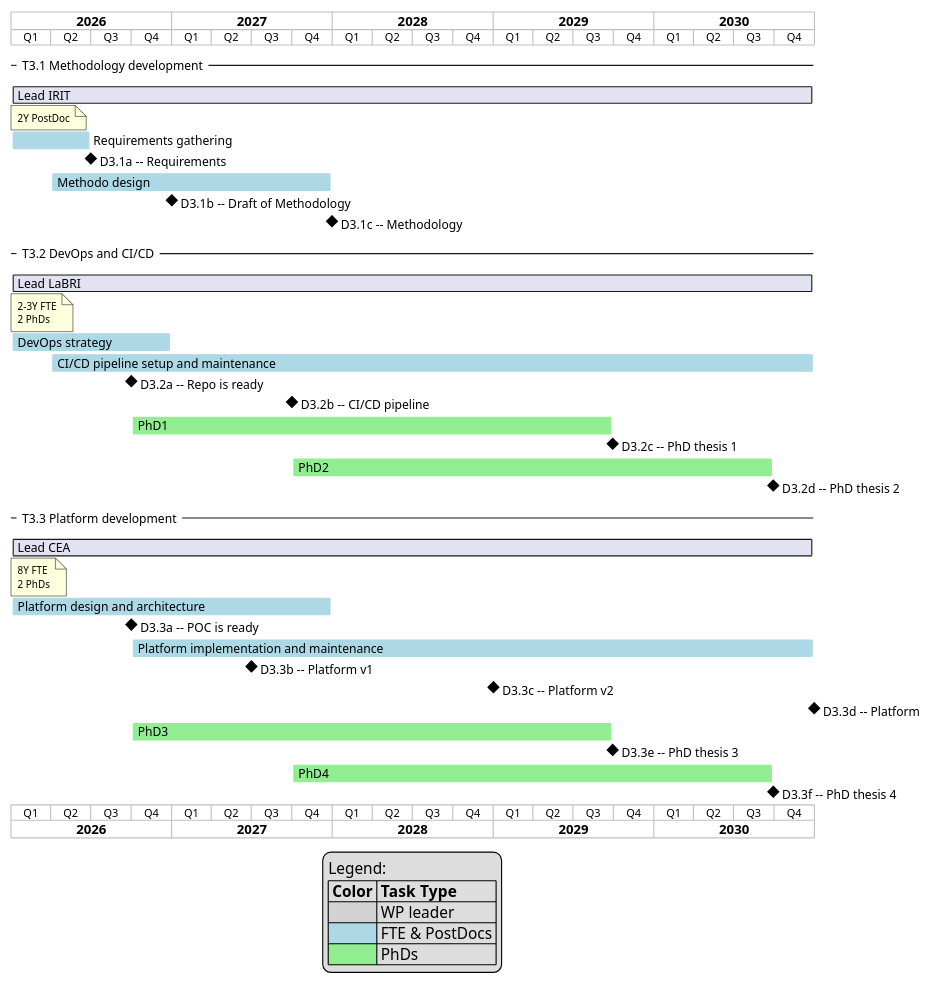
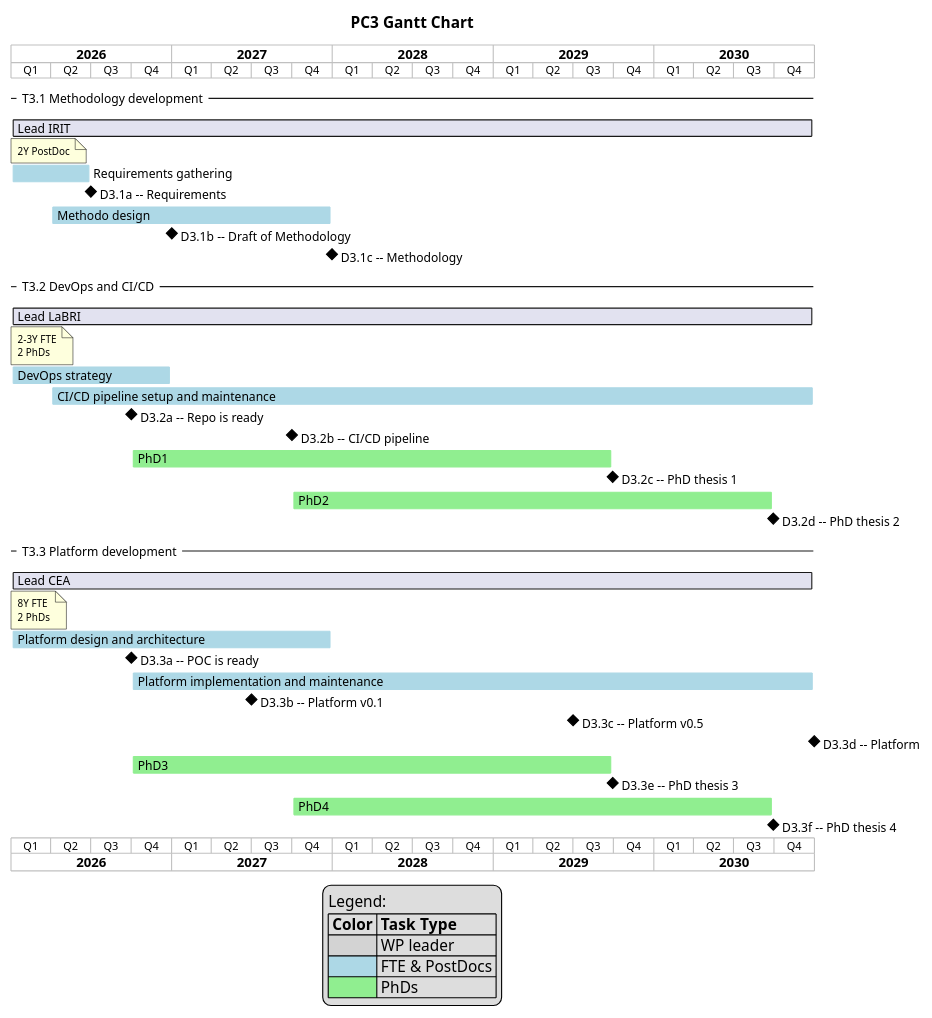
One commit to jmbruel/edt-pc3 changed the diagram in pc3-gantt.plantuml. Above: the diagram before and after it, drawn with PlantUML. The commit also changed 7 other files, not shown here.

Commit message:
📦 NEW: Organise and extract Deliverables from Gantt

```diff
--- a/pc3-gantt.plantuml
+++ b/pc3-gantt.plantuml
@@ -1,83 +1,86 @@
 @startgantt PC3GanttChart
+
+title PC3 Gantt Chart
 
 printscale quarterly
 Project starts the 1st of January 2026
 ' Project ends the 31st of December 2029
 -- T3.1 Methodology development --
 ' PostDoc 2 ans
 [Lead IRIT] requires 1825 days
 note bottom
   2Y PostDoc
 end note
 
 [Requirements gathering] as [T3.1a] requires 182 days and is colored in LightBlue
 [D3.1a -- Requirements] happens at [T3.1a]'s end
 
 [Methodo design] as [T3.1b] requires 640 days and is colored in LightBlue
 [T3.1b] starts 1st April 2026
 [D3.1b -- Draft of Methodology ] happens 1st January 2027
 [D3.1c -- Methodology] happens at [T3.1b]'s end
 
 -- T3.2 DevOps and CI/CD --
 ' 1.5 FTE + 1.5 FTE
 [Lead LaBRI] requires 1825 days
 note bottom
   2-3Y FTE
   2 PhDs
 end note
 
 
 [DevOps strategy] as [T3.2a] requires 365 days and is colored in LightBlue
 [T3.2a] starts 1st January 2026
 [CI/CD pipeline setup and maintenance] as [T3.2b] is colored in LightBlue
 [T3.2b] starts 1st April 2026
 [T3.2b] ends 31st December 2030
 
 [D3.2a -- Repo is ready] happens 1st October 2026
 [D3.2b -- CI/CD pipeline] happens 1st October 2027
 
 [PhD1] as [T3.2c] requires 1095 days and is colored in LightGreen
 [T3.2c] starts 1st October 2026
 [D3.2c -- PhD thesis 1] happens at [T3.2c]'s end
 
 [PhD2] as [T3.2d] requires 1095 days and is colored in LightGreen
 [T3.2d] starts 1st October 2027
 [D3.2d -- PhD thesis 2] happens at [T3.2d]'s end
 
 -- T3.3 Platform development --
 ' 2FTE 4 years
 [Lead CEA] requires 1825 days
 note bottom
   8Y FTE
   2 PhDs
 end note
 
 [Platform design and architecture] as [T3.3a] requires 730 days and is colored in LightBlue
 [T3.3a] starts 1st January 2026
 [D3.3a -- POC is ready] happens 1st October 2026
 
 [Platform implementation and maintenance] as [T3.3b] is colored in LightBlue
 [T3.3b] starts 1st October 2026
 [T3.3b] ends 31st December 2030
-[D3.3b -- Platform v1] happens 1st July 2027
-[D3.3c -- Platform v2] happens 1st January 2029
+[D3.3b -- Platform v0.1] happens 1st July 2027
+[D3.3c -- Platform v0.5] happens 1st July 2029
 [D3.3d -- Platform] happens at [T3.3b]'s end
 
 [PhD3] as [T3.3c] requires 1095 days and is colored in LightGreen
 [T3.3c] starts 1st October 2026
 [D3.3e -- PhD thesis 3] happens at [T3.3c]'s end
 
 [PhD4] as [T3.3d] requires 1095 days and is colored in LightGreen
 [T3.3d] starts 1st October 2027
 [D3.3f -- PhD thesis 4] happens at [T3.3d]'s end
+
 
 ' Legend
 legend
 Legend:
 |= Color |= Task Type |
 |<#lightgray> | WP leader |
 |<#LightBlue>| FTE & PostDocs |
 |<#LightGreen> | PhDs |
 end legend
 
 @endgantt
```
